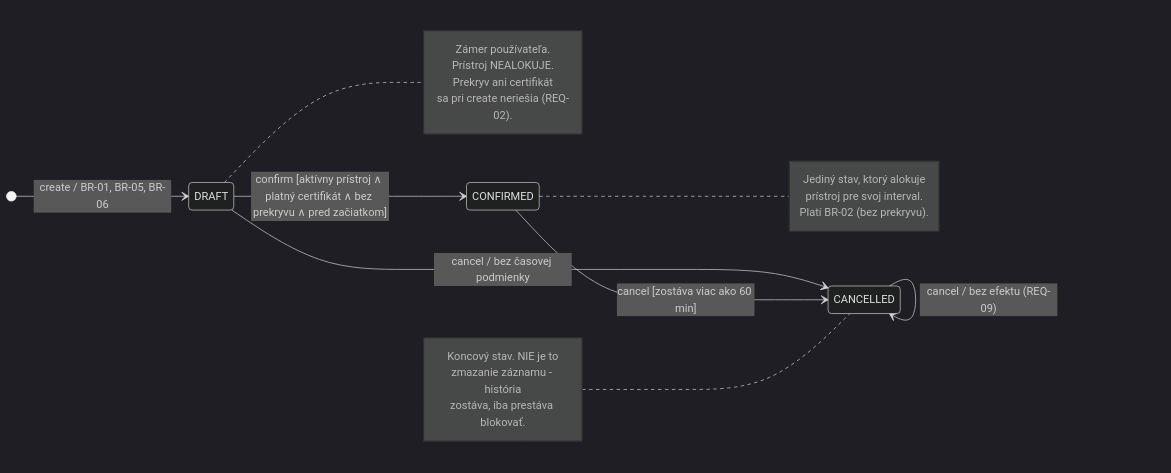
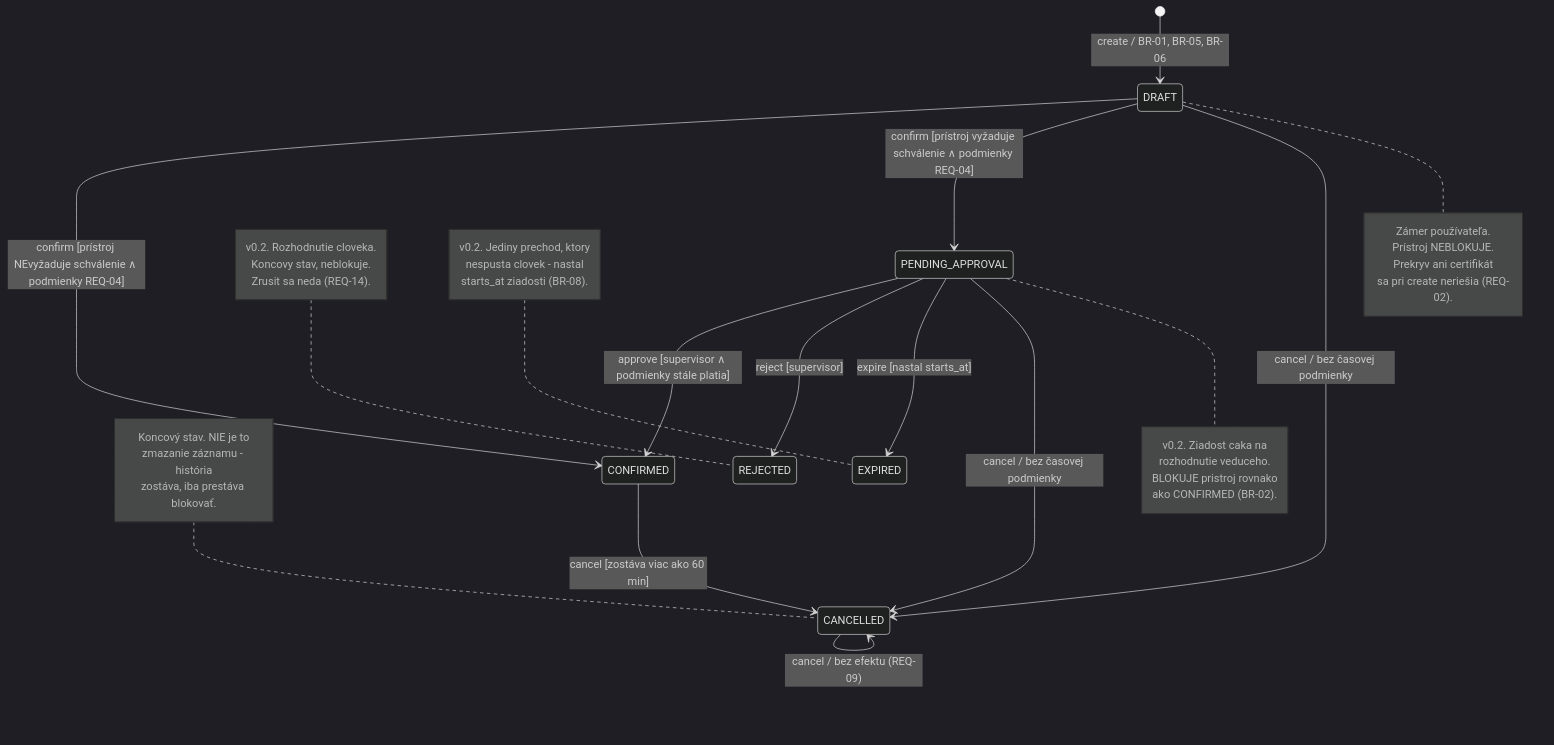
Before and after one commit to thspowered/SWI-LAB: the second of 7 diagrams in docs/diagrams.md, drawn with Mermaid (dark theme). The commit also changed other lines of this file and 14 other files, not shown here.

````diff
--- a/docs/diagrams.md
+++ b/docs/diagrams.md
@@ -66,29 +77,48 @@
 ```mermaid
 stateDiagram-v2
-    direction LR
     [*] --> DRAFT : create / BR-01, BR-05, BR-06
 
-    DRAFT --> CONFIRMED : confirm [aktívny prístroj ∧ platný certifikát ∧ bez prekryvu ∧ pred začiatkom]
+    DRAFT --> CONFIRMED : confirm [prístroj NEvyžaduje schválenie ∧ podmienky REQ-04]
+    DRAFT --> PENDING_APPROVAL : confirm [prístroj vyžaduje schválenie ∧ podmienky REQ-04]
     DRAFT --> CANCELLED : cancel / bez časovej podmienky
+
+    PENDING_APPROVAL --> CONFIRMED : approve [supervisor ∧ podmienky stále platia]
+    PENDING_APPROVAL --> REJECTED : reject [supervisor]
+    PENDING_APPROVAL --> EXPIRED : expire [nastal starts_at]
+    PENDING_APPROVAL --> CANCELLED : cancel / bez časovej podmienky
+
     CONFIRMED --> CANCELLED : cancel [zostáva viac ako 60 min]
     CANCELLED --> CANCELLED : cancel / bez efektu (REQ-09)
 
     note right of DRAFT
         Zámer používateľa.
-        Prístroj NEALOKUJE.
+        Prístroj NEBLOKUJE.
         Prekryv ani certifikát
         sa pri create neriešia (REQ-02).
     end note
 
-    note right of CONFIRMED
-        Jediný stav, ktorý alokuje
-        prístroj pre svoj interval.
-        Platí BR-02 (bez prekryvu).
+    note right of PENDING_APPROVAL
+        v0.2. Ziadost caka na
+        rozhodnutie veduceho.
+        BLOKUJE pristroj rovnako
+        ako CONFIRMED (BR-02).
+    end note
+
+    note left of REJECTED
+        v0.2. Rozhodnutie cloveka.
+        Koncovy stav, neblokuje.
+        Zrusit sa neda (REQ-14).
+    end note
+
+    note left of EXPIRED
+        v0.2. Jediny prechod, ktory
+        nespusta clovek - nastal
+        starts_at ziadosti (BR-08).
     end note
 
     note left of CANCELLED
         Koncový stav. NIE je to
         zmazanie záznamu - história
         zostáva, iba prestáva blokovať.
     end note
 ```
````
